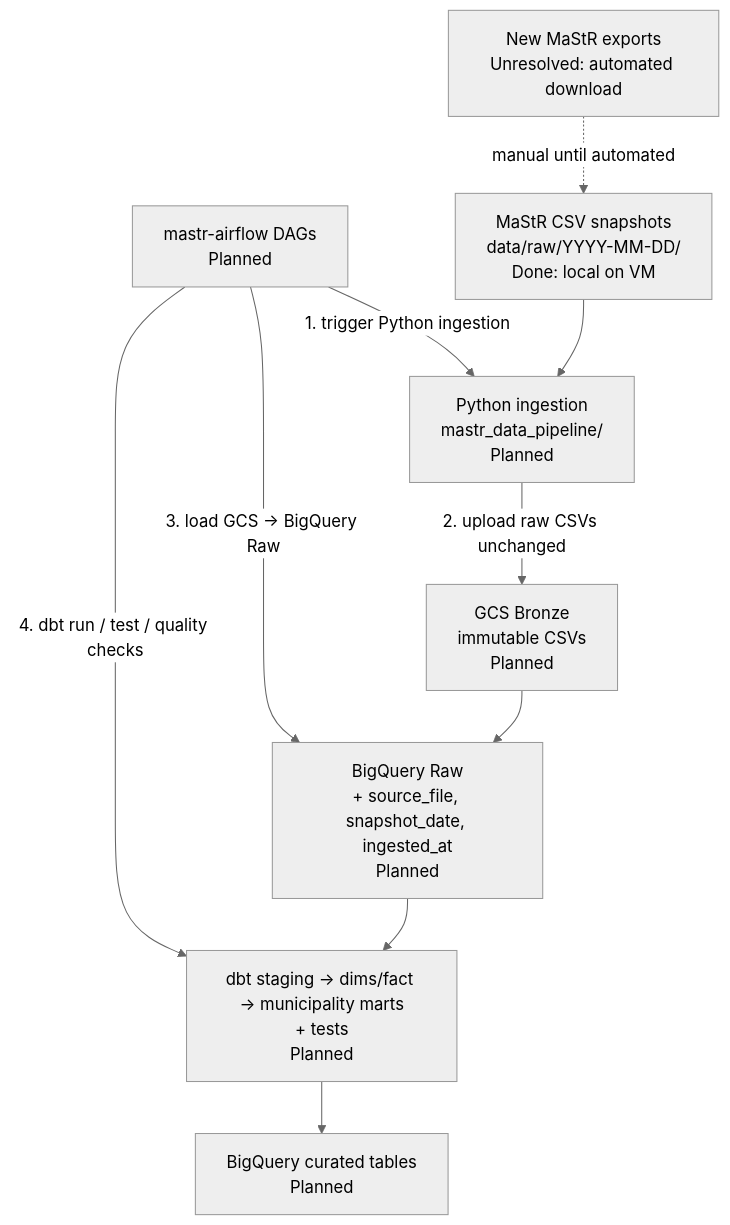
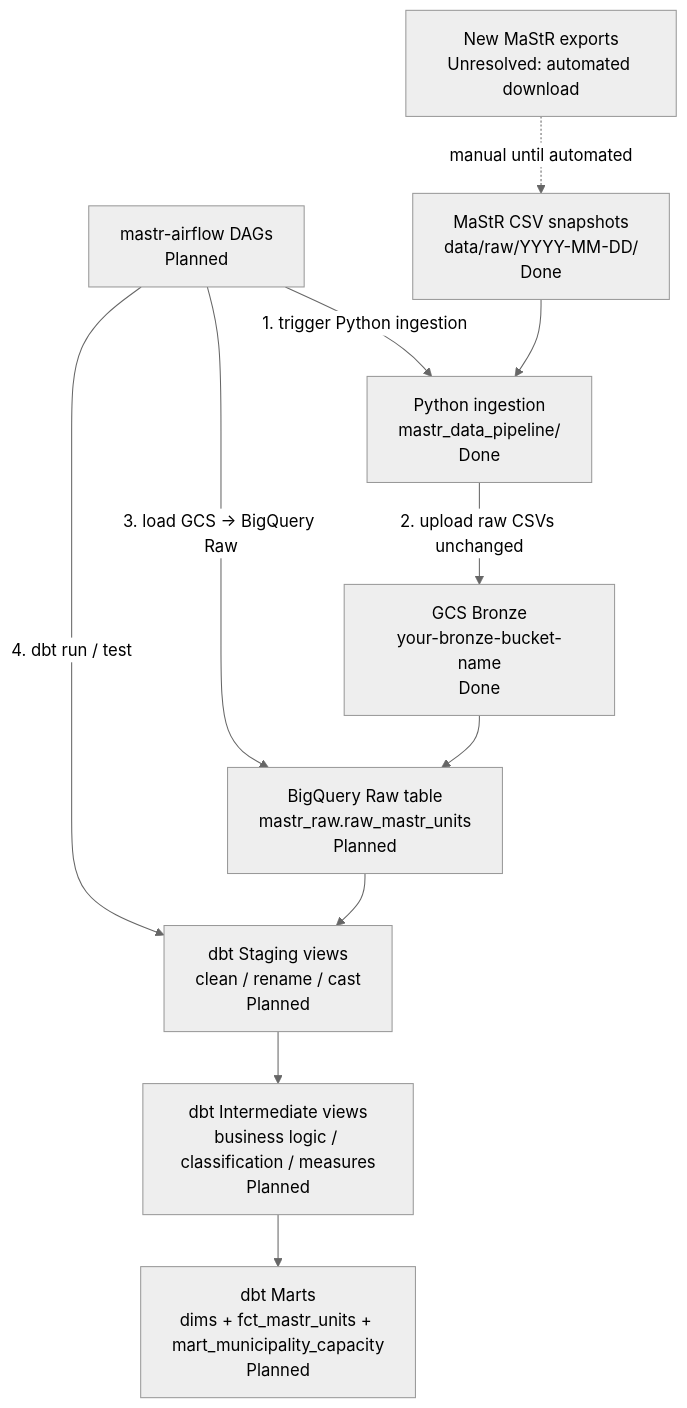
Before and after one commit to anyarlene/mastr-project: the diagram in docs/architecture.md, drawn with Mermaid (neutral theme). The commit also changed other lines of this file, not shown here.

Commit message:
Add dbt intermediate layer to pipeline architecture

````diff
--- a/docs/architecture.md
+++ b/docs/architecture.md
@@ -30,23 +31,27 @@
 ```mermaid
 flowchart TB
   DL["New MaStR exports<br/>Unresolved: automated download"]
-  CSV["MaStR CSV snapshots<br/>data/raw/YYYY-MM-DD/<br/>Done: local on VM"]
+  CSV["MaStR CSV snapshots<br/>data/raw/YYYY-MM-DD/<br/>Done"]
 
   AF["mastr-airflow DAGs<br/>Planned"]
 
-  PY["Python ingestion<br/>mastr_data_pipeline/<br/>Planned"]
-  GCS["GCS Bronze<br/>immutable CSVs<br/>Planned"]
-  BQRaw["BigQuery Raw<br/>+ source_file, snapshot_date, ingested_at<br/>Planned"]
-  DBT["dbt staging → dims/fact → municipality marts<br/>+ tests<br/>Planned"]
-  BQMart["BigQuery curated tables<br/>Planned"]
+  PY["Python ingestion<br/>mastr_data_pipeline/<br/>Done"]
+  GCS["GCS Bronze<br/>your-bronze-bucket-name<br/>Done"]
+
+  BQRaw["BigQuery Raw table<br/>mastr_raw.raw_mastr_units<br/>Planned"]
+
+  STG["dbt Staging views<br/>clean / rename / cast<br/>Planned"]
+  INT["dbt Intermediate views<br/>business logic / classification / measures<br/>Planned"]
+  MART["dbt Marts<br/>dims + fct_mastr_units + mart_municipality_capacity<br/>Planned"]
 
   DL -.->|"manual until automated"| CSV
   AF -->|"1. trigger Python ingestion"| PY
   CSV --> PY
   PY -->|"2. upload raw CSVs unchanged"| GCS
   AF -->|"3. load GCS → BigQuery Raw"| BQRaw
   GCS --> BQRaw
-  AF -->|"4. dbt run / test / quality checks"| DBT
-  BQRaw --> DBT
-  DBT --> BQMart
+  AF -->|"4. dbt run / test"| STG
+  BQRaw --> STG
+  STG --> INT
+  INT --> MART
 ```
````
